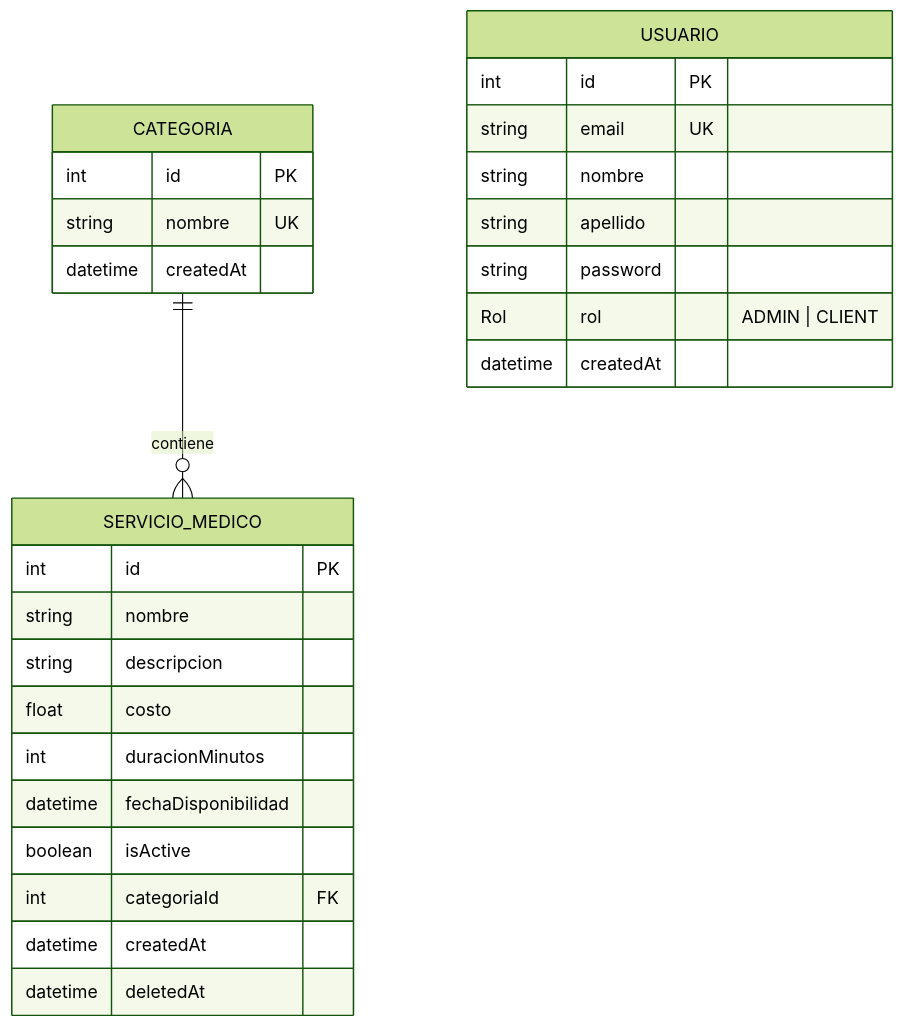
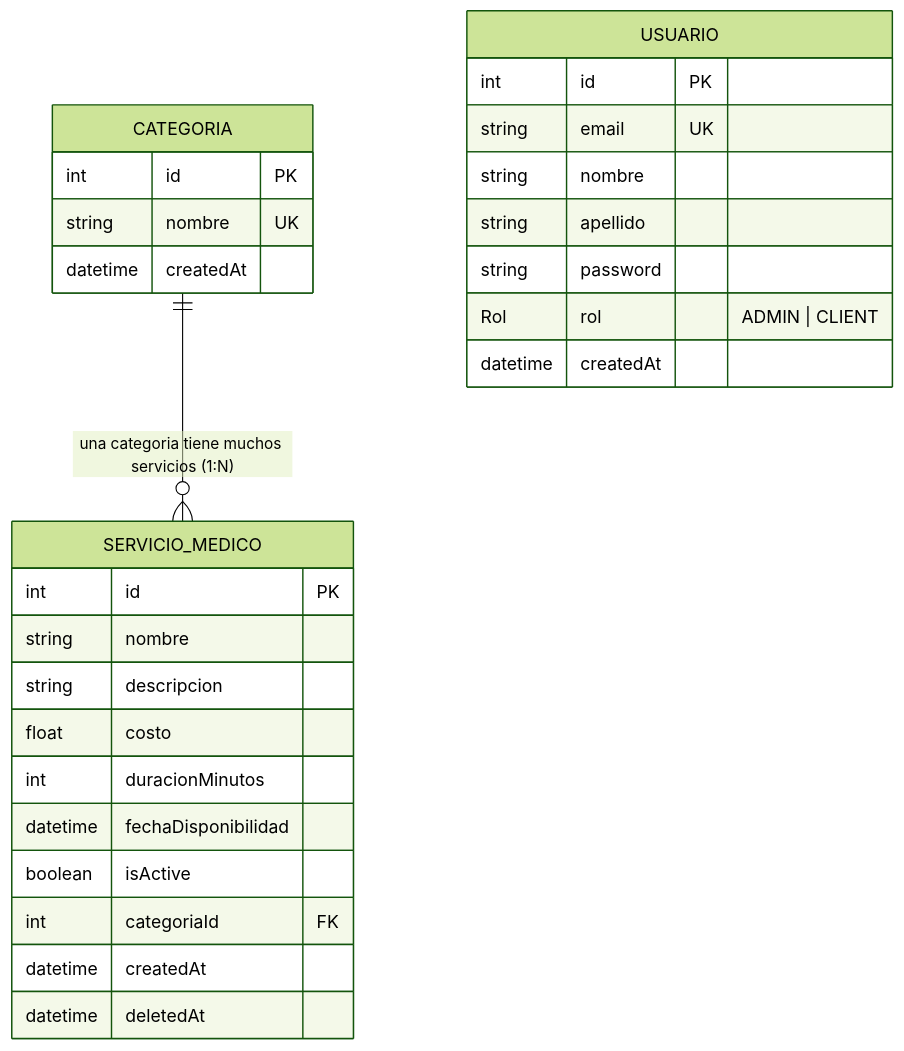
Before and after one commit to VinkeLevinke/gestion-servicios-medicos: the diagram in README.md, drawn with Mermaid (forest theme). The commit also changed other lines of this file, not shown here.

````diff
--- a/README.md
+++ b/README.md
@@ -103,37 +103,33 @@
 ```mermaid
 erDiagram
-    CATEGORIA ||--o{ SERVICIO_MEDICO : contiene
+    CATEGORIA ||--o{ SERVICIO_MEDICO : "una categoria tiene muchos servicios (1:N)"
 
     USUARIO {
         int id PK
         string email UK
         string nombre
         string apellido
         string password
         Rol rol "ADMIN | CLIENT"
         datetime createdAt
     }
 
     CATEGORIA {
         int id PK
         string nombre UK
         datetime createdAt
     }
 
     SERVICIO_MEDICO {
         int id PK
         string nombre
         string descripcion
         float costo
         int duracionMinutos
         datetime fechaDisponibilidad
         boolean isActive
         int categoriaId FK
         datetime createdAt
         datetime deletedAt
-
-
-        
     }
-
 ```
````
